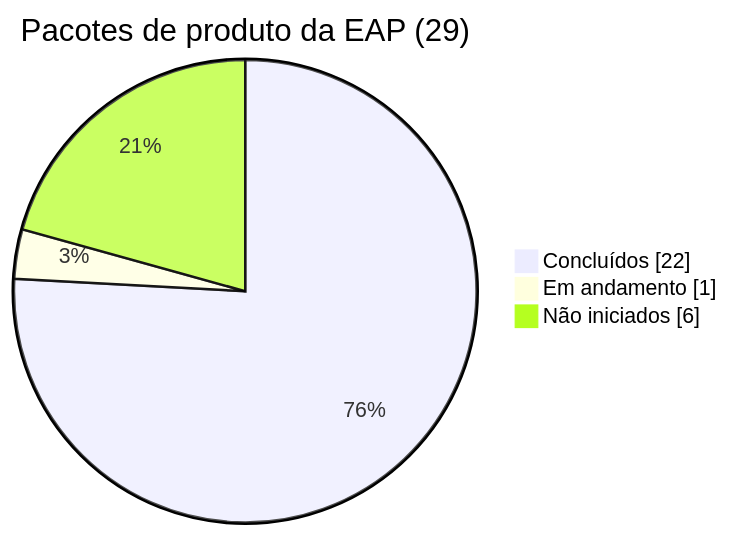
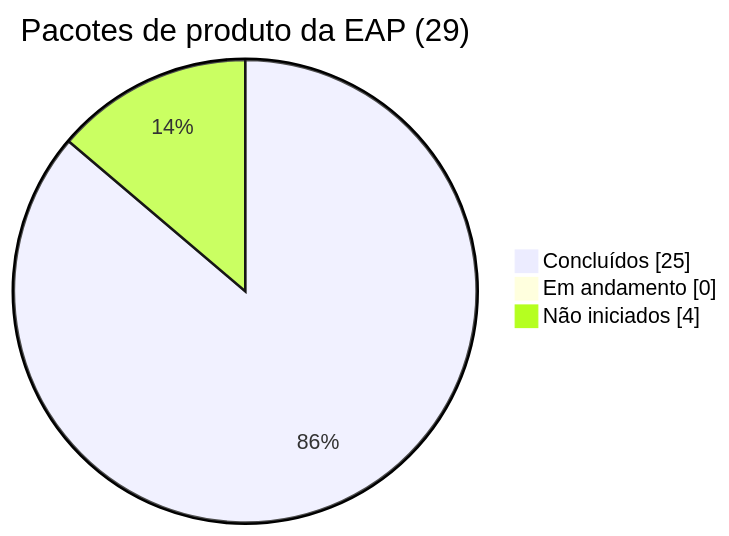
Before and after one commit to LuizMottaX/Gerencia-de-Projetos: the diagram in docs/gerenciamento/04-Monitoramento-e-Controle/Monitorar-e-Controlar-o-Trabalho.md, drawn with Mermaid. The commit also changed other lines of this file and 50 other files, not shown here.

````diff
--- a/docs/gerenciamento/04-Monitoramento-e-Controle/Monitorar-e-Controlar-o-Trabalho.md
+++ b/docs/gerenciamento/04-Monitoramento-e-Controle/Monitorar-e-Controlar-o-Trabalho.md
@@ -35,6 +35,6 @@
 ```mermaid
 pie showData title Pacotes de produto da EAP (29)
-    "Concluídos" : 22
-    "Em andamento" : 1
-    "Não iniciados" : 6
+    "Concluídos" : 25
+    "Em andamento" : 0
+    "Não iniciados" : 4
 ```
````
